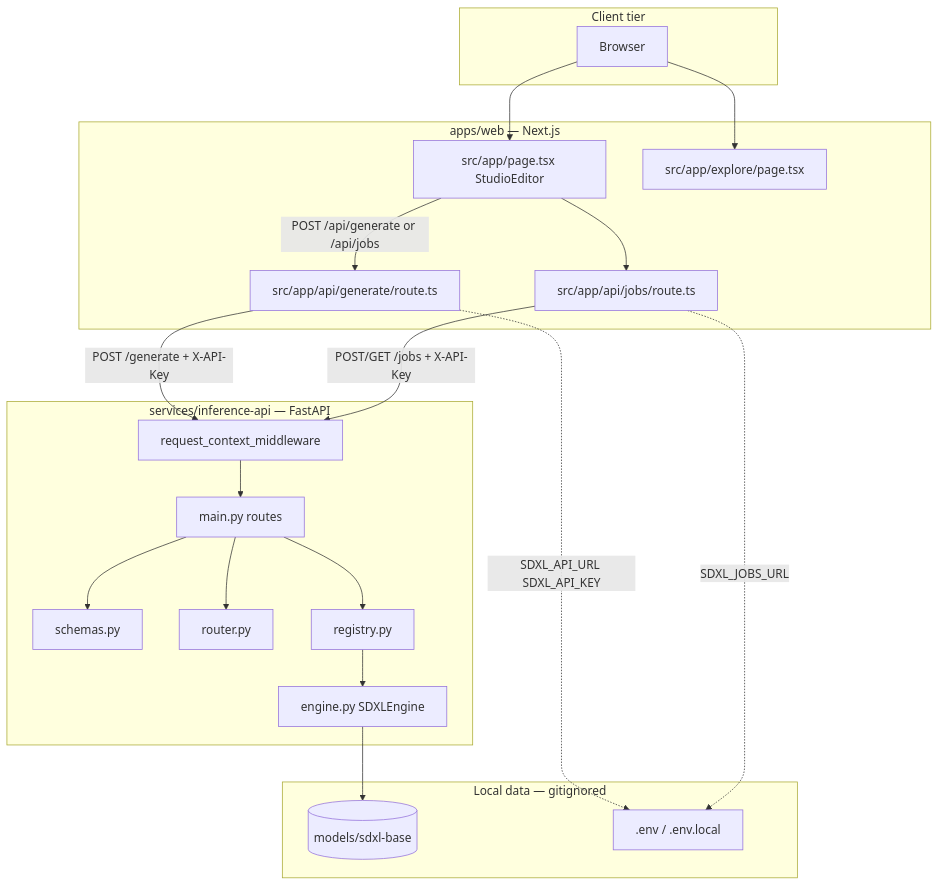
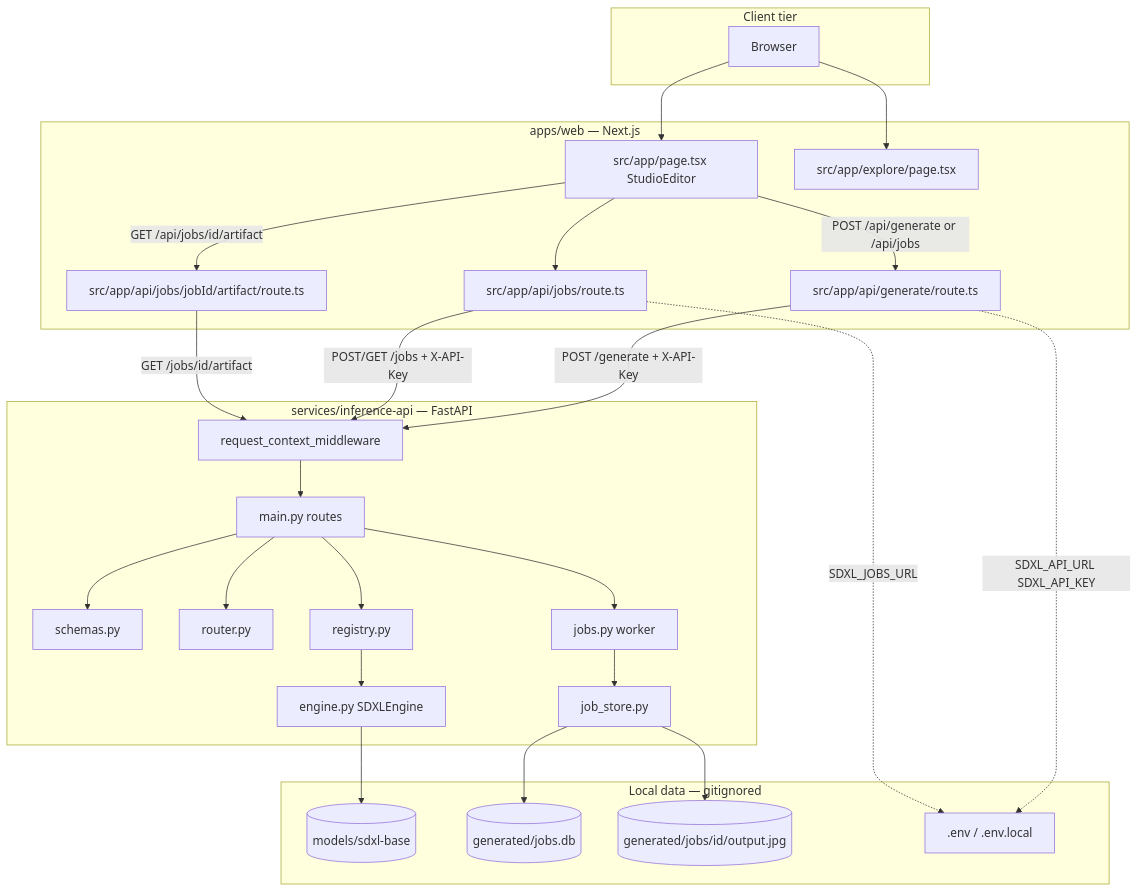
The first of 10 diagrams in LLD.md (kirank93611/vid-gen-sdxl-pipe), drawn with Mermaid before and after one commit. The commit also changed other lines of this file and 62 other files, not shown here.

````diff
--- a/LLD.md
+++ b/LLD.md
@@ -13,42 +13,53 @@
 ```mermaid
 flowchart TB
     subgraph ClientTier["Client tier"]
         Browser[Browser]
     end
 
     subgraph WebTier["apps/web — Next.js"]
         Page[src/app/page.tsx StudioEditor]
         Explore[src/app/explore/page.tsx]
         ProxyGen[src/app/api/generate/route.ts]
         ProxyJobs[src/app/api/jobs/route.ts]
+        ProxyArt[src/app/api/jobs/jobId/artifact/route.ts]
     end
 
     subgraph APITier["services/inference-api — FastAPI"]
         MW[request_context_middleware]
         Routes[main.py routes]
         Schemas[schemas.py]
         Router[router.py]
         Registry[registry.py]
+        Jobs[jobs.py worker]
+        Store[job_store.py]
         Engine[engine.py SDXLEngine]
     end
 
     subgraph DataTier["Local data — gitignored"]
         Weights[(models/sdxl-base)]
+        JobDB[(generated/jobs.db)]
+        JobImg[(generated/jobs/id/output.jpg)]
         Env[.env / .env.local]
     end
 
     Browser --> Page
     Browser --> Explore
     Page -->|POST /api/generate or /api/jobs| ProxyGen
     Page --> ProxyJobs
+    Page -->|GET /api/jobs/id/artifact| ProxyArt
     ProxyGen -->|POST /generate + X-API-Key| MW
     ProxyJobs -->|POST/GET /jobs + X-API-Key| MW
+    ProxyArt -->|GET /jobs/id/artifact| MW
     MW --> Routes
     Routes --> Schemas
     Routes --> Router
+    Routes --> Jobs
+    Jobs --> Store
     Routes --> Registry
     Registry --> Engine
     Engine --> Weights
+    Store --> JobDB
+    Store --> JobImg
     ProxyGen -.->|SDXL_API_URL SDXL_API_KEY| Env
     ProxyJobs -.->|SDXL_JOBS_URL| Env
 ```
````
